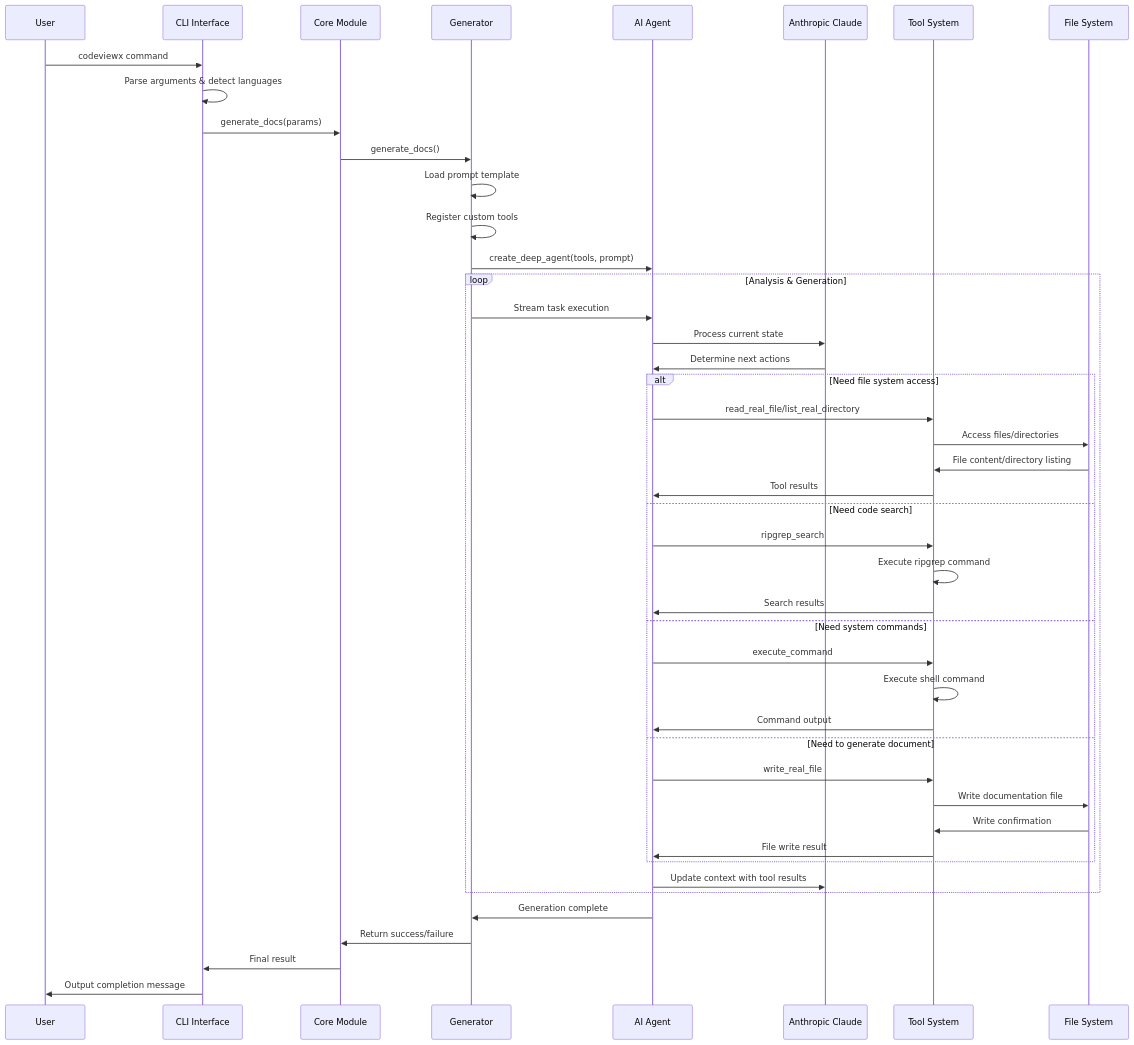
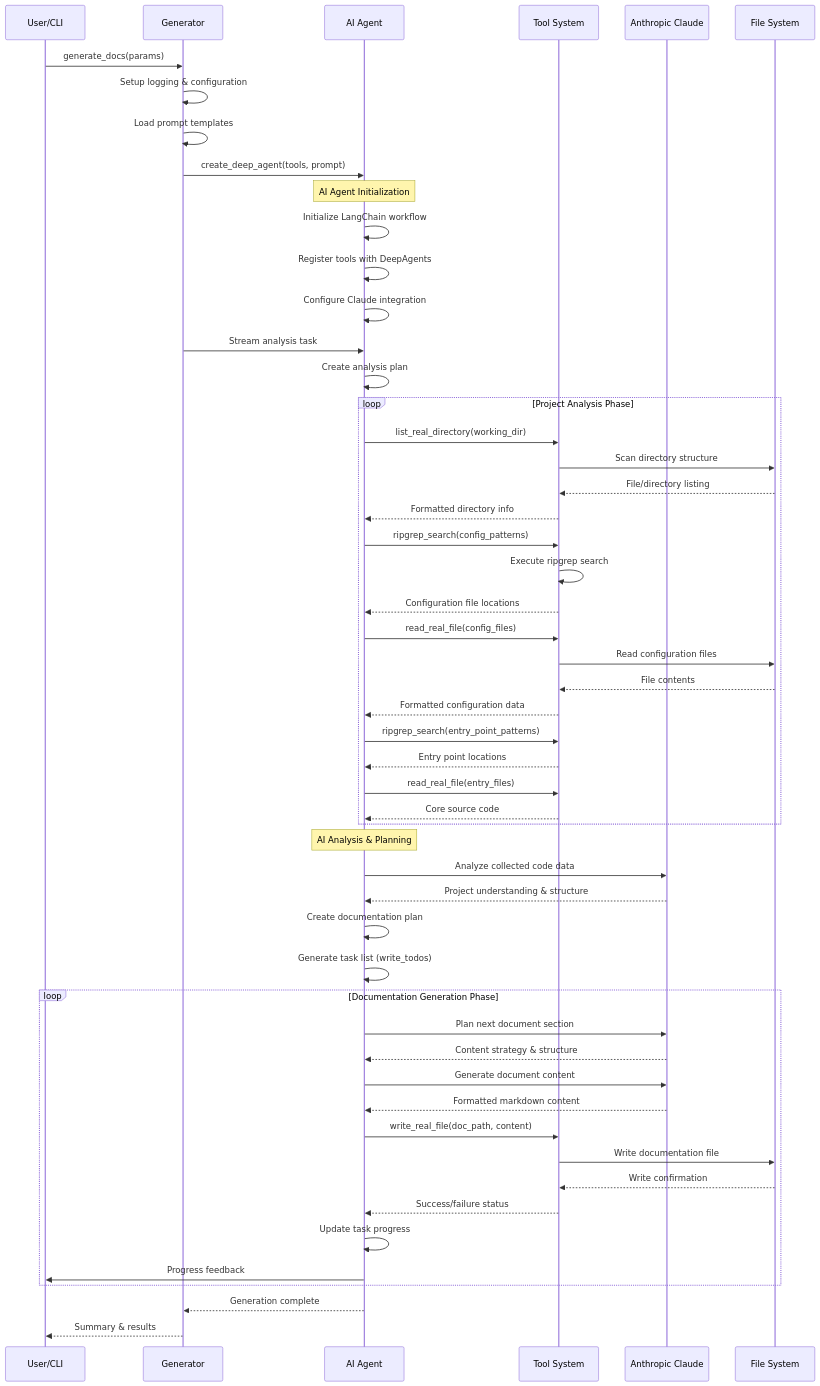
The first of 3 diagrams in docs/en/04-core-mechanisms.md (dean2021/codeviewx), drawn with Mermaid before and after one commit. The commit also changed other lines of this file and 5 other files, not shown here.

First line of the commit message:
docs: Update documentation structure and include additional files for CodeViewX

````diff
--- a/docs/en/04-core-mechanisms.md
+++ b/docs/en/04-core-mechanisms.md
@@ -18,53 +26,69 @@
 ```mermaid
 sequenceDiagram
-    participant User as User
-    participant CLI as CLI Interface
-    participant Core as Core Module
-    participant Gen as Generator
+    participant User as User/CLI
+    participant Generator as Generator
     participant Agent as AI Agent
-    participant Anthropic as Anthropic Claude
     participant Tools as Tool System
+    participant Claude as Anthropic Claude
     participant FS as File System
     
-    User->>CLI: codeviewx command
-    CLI->>CLI: Parse arguments & detect languages
-    CLI->>Core: generate_docs(params)
-    Core->>Gen: generate_docs()
+    User->>Generator: generate_docs(params)
+    Generator->>Generator: Setup logging & configuration
+    Generator->>Generator: Load prompt templates
+    Generator->>Agent: create_deep_agent(tools, prompt)
     
-    Gen->>Gen: Load prompt template
-    Gen->>Gen: Register custom tools
-    Gen->>Agent: create_deep_agent(tools, prompt)
+    Note over Agent: AI Agent Initialization
+    Agent->>Agent: Initialize LangChain workflow
+    Agent->>Agent: Register tools with DeepAgents
+    Agent->>Agent: Configure Claude integration
     
-    loop Analysis & Generation
-        Gen->>Agent: Stream task execution
-        Agent->>Anthropic: Process current state
-        Anthropic->>Agent: Determine next actions
+    Generator->>Agent: Stream analysis task
+    Agent->>Agent: Create analysis plan
+    
+    loop Project Analysis Phase
+        Agent->>Tools: list_real_directory(working_dir)
+        Tools->>FS: Scan directory structure
+        FS-->>Tools: File/directory listing
+        Tools-->>Agent: Formatted directory info
         
-        alt Need file system access
-            Agent->>Tools: read_real_file/list_real_directory
-            Tools->>FS: Access files/directories
-            FS->>Tools: File content/directory listing
-            Tools->>Agent: Tool results
-        else Need code search
-            Agent->>Tools: ripgrep_search
-            Tools->>Tools: Execute ripgrep command
-            Tools->>Agent: Search results
-        else Need system commands
-            Agent->>Tools: execute_command
-            Tools->>Tools: Execute shell command
-            Tools->>Agent: Command output
-        else Need to generate document
-            Agent->>Tools: write_real_file
-            Tools->>FS: Write documentation file
-            FS->>Tools: Write confirmation
-            Tools->>Agent: File write result
-        end
+        Agent->>Tools: ripgrep_search(config_patterns)
+        Tools->>Tools: Execute ripgrep search
+        Tools-->>Agent: Configuration file locations
         
-        Agent->>Anthropic: Update context with tool results
+        Agent->>Tools: read_real_file(config_files)
+        Tools->>FS: Read configuration files
+        FS-->>Tools: File contents
+        Tools-->>Agent: Formatted configuration data
+        
+        Agent->>Tools: ripgrep_search(entry_point_patterns)
+        Tools-->>Agent: Entry point locations
+        
+        Agent->>Tools: read_real_file(entry_files)
+        Tools-->>Agent: Core source code
     end
     
-    Agent->>Gen: Generation complete
-    Gen->>Core: Return success/failure
-    Core->>CLI: Final result
-    CLI->>User: Output completion message
+    Note over Agent: AI Analysis & Planning
+    Agent->>Claude: Analyze collected code data
+    Claude-->>Agent: Project understanding & structure
+    Agent->>Agent: Create documentation plan
+    Agent->>Agent: Generate task list (write_todos)
+    
+    loop Documentation Generation Phase
+        Agent->>Claude: Plan next document section
+        Claude-->>Agent: Content strategy & structure
+        
+        Agent->>Claude: Generate document content
+        Claude-->>Agent: Formatted markdown content
+        
+        Agent->>Tools: write_real_file(doc_path, content)
+        Tools->>FS: Write documentation file
+        FS-->>Tools: Write confirmation
+        Tools-->>Agent: Success/failure status
+        
+        Agent->>Agent: Update task progress
+        Agent->>User: Progress feedback
+    end
+    
+    Agent-->>Generator: Generation complete
+    Generator-->>User: Summary & results
 ```
````
